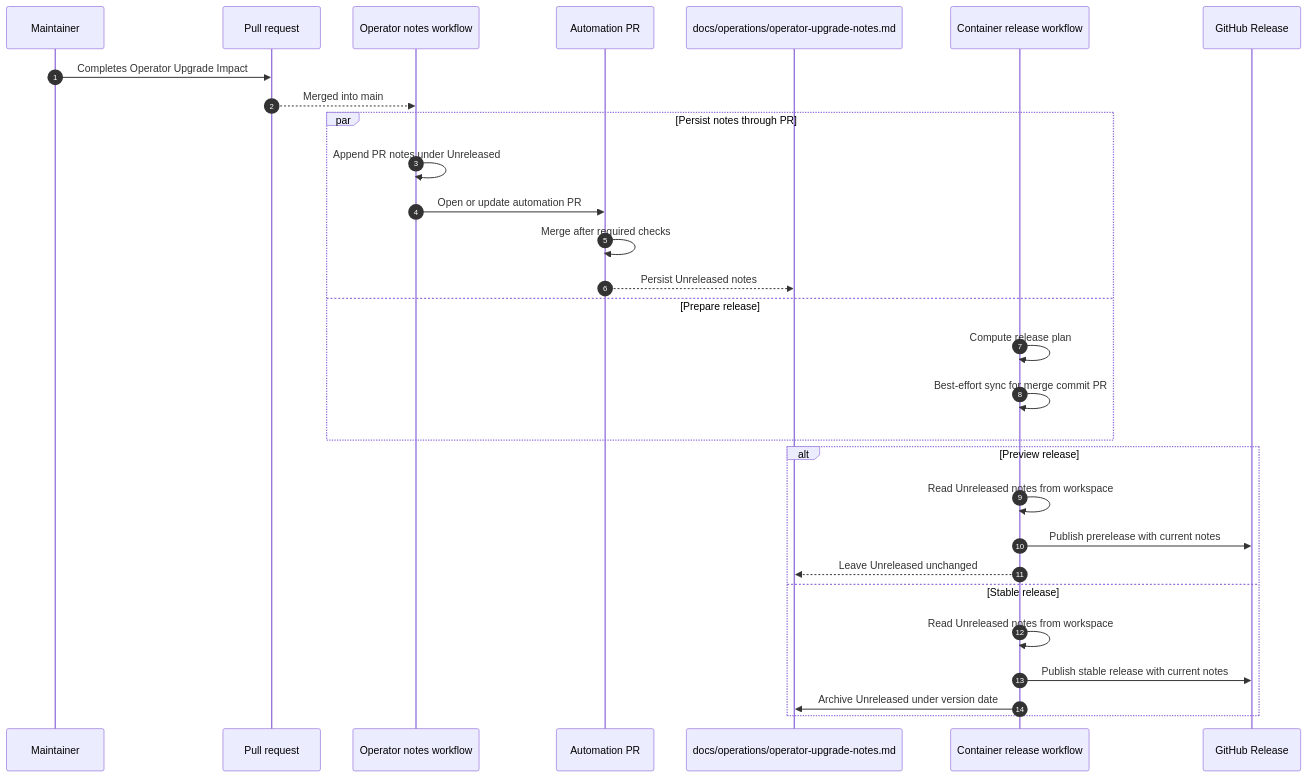
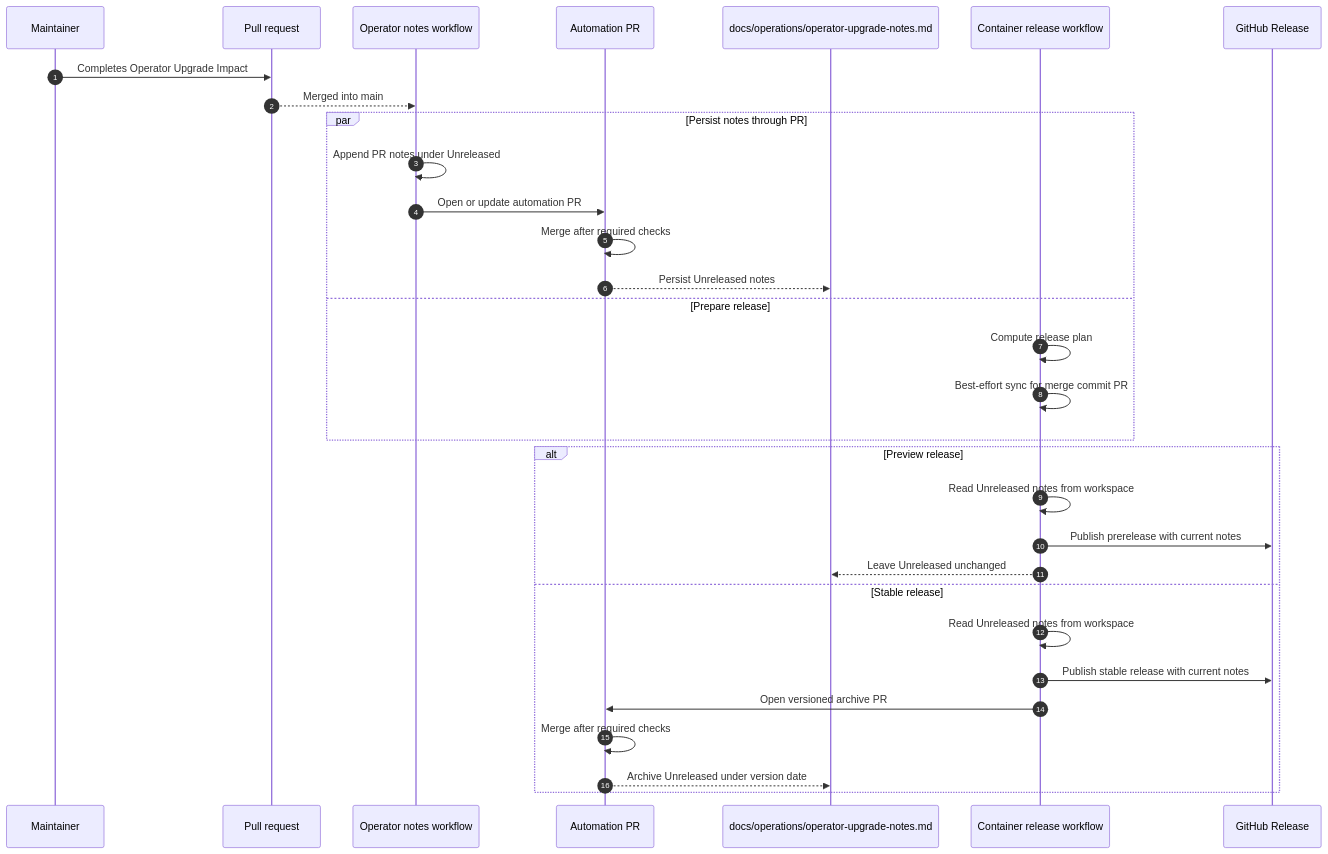
Before and after one commit to viscalyx/Kravhantering: the diagram in docs/development/trusted-container-publishing.md, drawn with Mermaid. The commit also changed other lines of this file and 11 other files, not shown here.

````diff
--- a/docs/development/trusted-container-publishing.md
+++ b/docs/development/trusted-container-publishing.md
@@ -195,33 +196,35 @@
 ```mermaid
 sequenceDiagram
     autonumber
     participant Maintainer
     participant PR as Pull request
     participant Notes as Operator notes workflow
     participant AutomationPR as Automation PR
     participant Main as docs/operations/operator-upgrade-notes.md
     participant Release as Container release workflow
     participant GitHub as GitHub Release
 
     Maintainer->>PR: Completes Operator Upgrade Impact
     PR-->>Notes: Merged into main
     par Persist notes through PR
         Notes->>Notes: Append PR notes under Unreleased
         Notes->>AutomationPR: Open or update automation PR
         AutomationPR->>AutomationPR: Merge after required checks
         AutomationPR-->>Main: Persist Unreleased notes
     and Prepare release
         Release->>Release: Compute release plan
         Release->>Release: Best-effort sync for merge commit PR
     end
 
     alt Preview release
         Release->>Release: Read Unreleased notes from workspace
         Release->>GitHub: Publish prerelease with current notes
         Release-->>Main: Leave Unreleased unchanged
     else Stable release
         Release->>Release: Read Unreleased notes from workspace
         Release->>GitHub: Publish stable release with current notes
-        Release->>Main: Archive Unreleased under version date
+        Release->>AutomationPR: Open versioned archive PR
+        AutomationPR->>AutomationPR: Merge after required checks
+        AutomationPR-->>Main: Archive Unreleased under version date
     end
 ```
````
